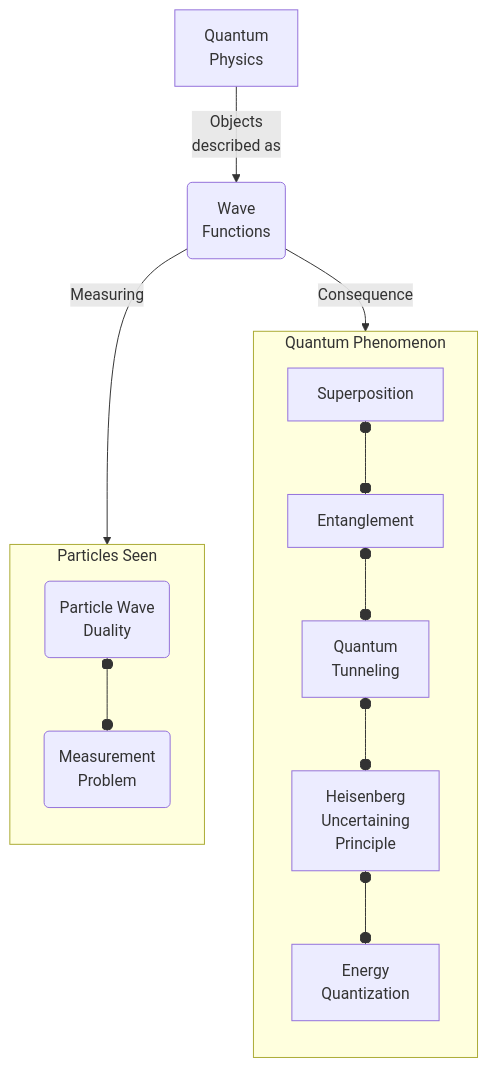
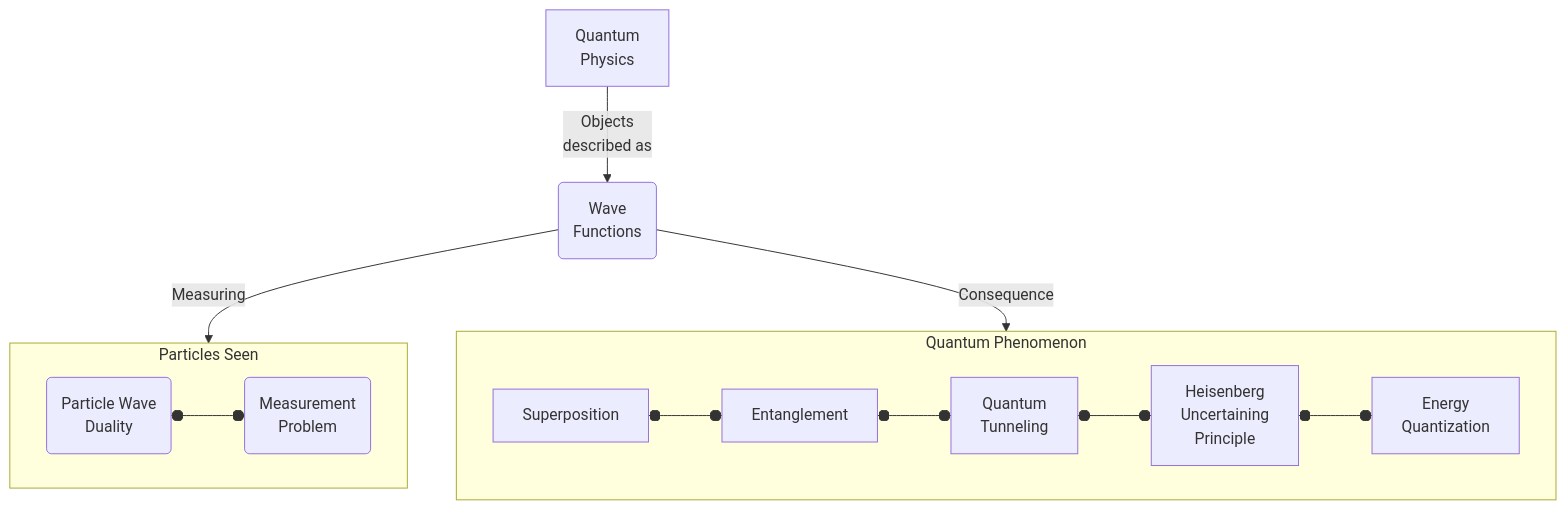
Before and after one commit to m0ham3dx/mx-Quantum-Computing-Primer: the second of 3 diagrams in README.md, drawn with Mermaid.

Commit message:
mermaid left to right

````diff
--- a/README.md
+++ b/README.md
@@ -97,19 +97,19 @@
 ```mermaid
 flowchart TD
     A[Quantum<br>Physics] -->|Objects<br>described as<br>|A1(Wave<br>Functions)
     
     A1 -->|Measuring|B
     subgraph B [Particles Seen]
-        direction TB
+        direction LR
         B1(Particle Wave<br>Duality) o--o B2(Measurement<br>Problem)
     end
 
     A1 -->|Consequence|C 
     subgraph C [Quantum Phenomenon]
-        direction TB
+        direction LR
         C1[Superposition] o--o C11[Entanglement]
         C11 o--o C2
         C2[Quantum\nTunneling] o--oC3[Heisenberg \n Uncertaining \n Principle]    
         C3 o--o C4[Energy\nQuantization]
     end
 ```
````
